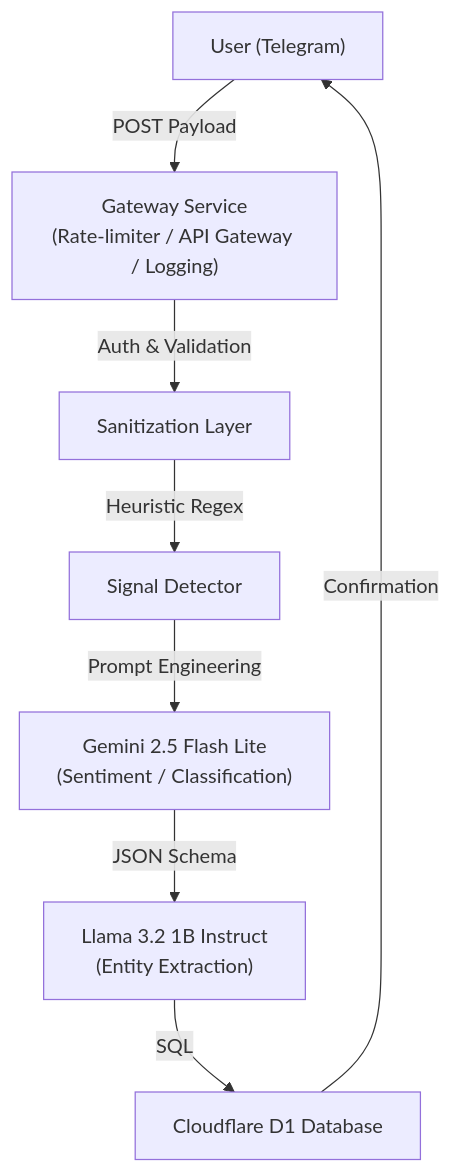
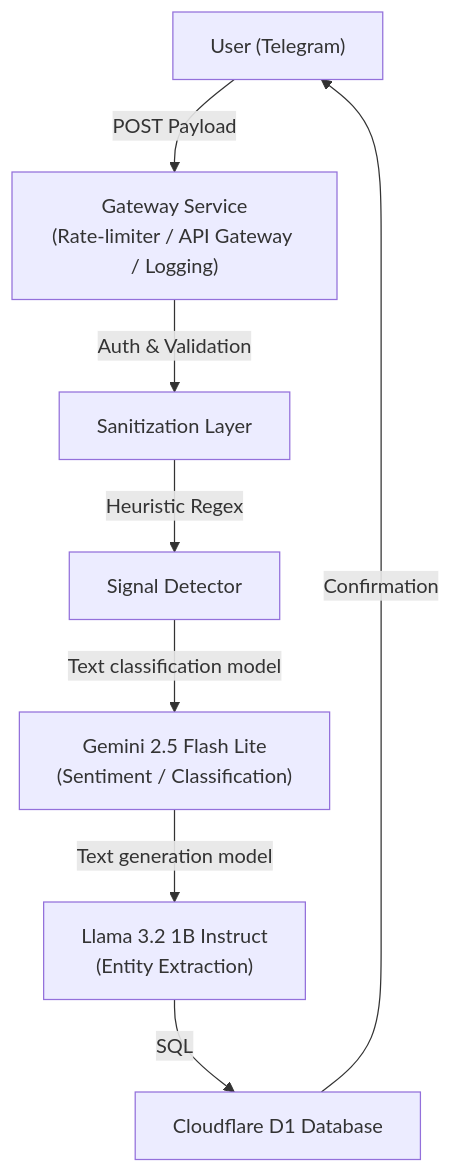
The diagram in README.md (ThisIsMeAdityaSingh/budget-for-dummies), drawn with Mermaid before and after one commit.

Commit message:
Update diagram labels in README.md

````diff
--- a/README.md
+++ b/README.md
@@ -13,10 +13,10 @@
 ```mermaid
 graph TD
     User["User (Telegram)"] -->|"POST Payload"| Gateway["Gateway Service<br/>(Rate-limiter / API Gateway / Logging)"]
     Gateway -->|"Auth & Validation"| Sanitizer["Sanitization Layer"]
     Sanitizer -->|"Heuristic Regex"| Signal["Signal Detector"]
-    Signal -->|"Prompt Engineering"| Gemini["Gemini 2.5 Flash Lite<br/>(Sentiment / Classification)"]
-    Gemini -->|"JSON Schema"| Llama["Llama 3.2 1B Instruct<br/>(Entity Extraction)"]
+    Signal -->|"Text classification model"| Gemini["Gemini 2.5 Flash Lite<br/>(Sentiment / Classification)"]
+    Gemini -->|"Text generation model"| Llama["Llama 3.2 1B Instruct<br/>(Entity Extraction)"]
     Llama -->|"SQL"| D1["Cloudflare D1 Database"]
     D1 -->|"Confirmation"| User["User (Telegram)"]
 ```
````
